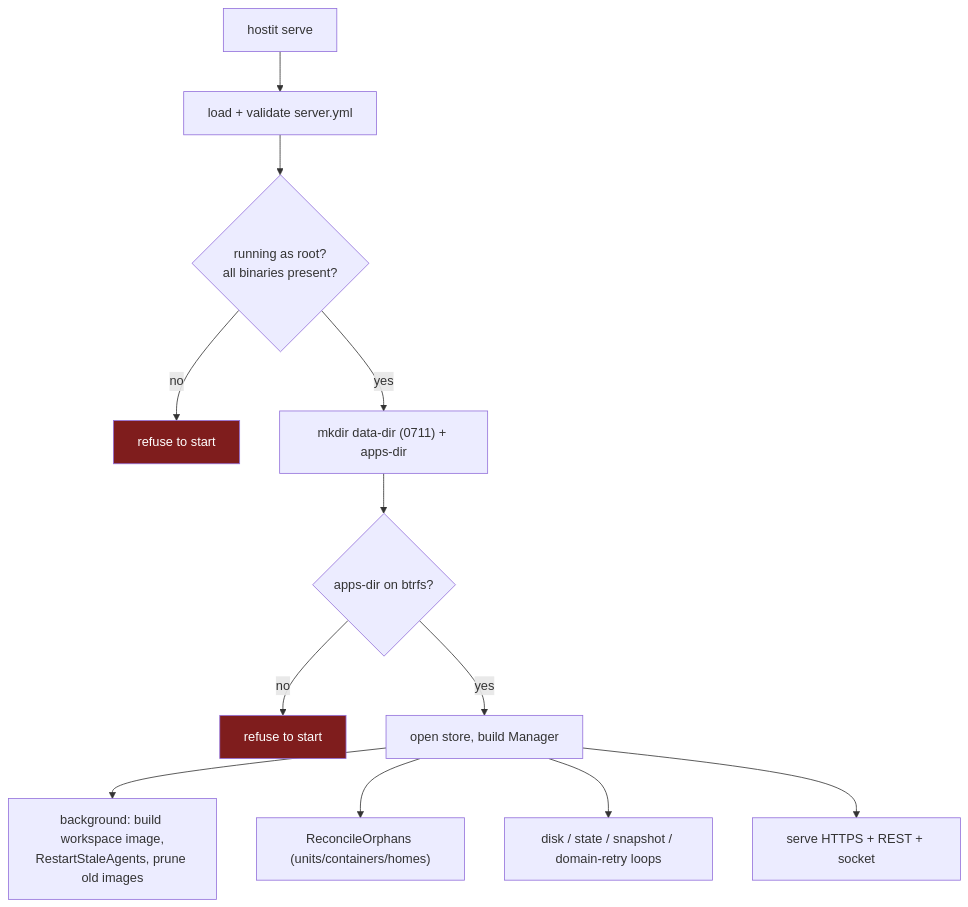
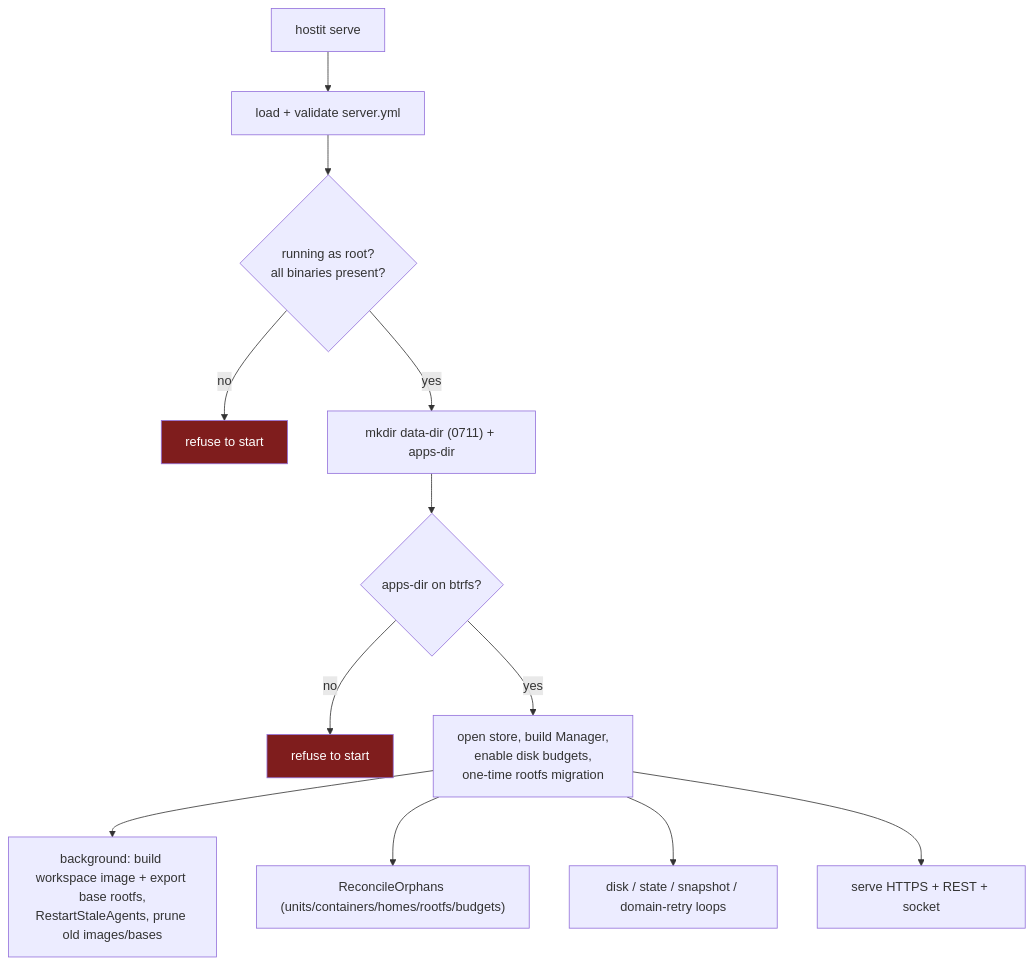
One commit to binwiederhier/hostit changed the diagram in docs/subsystems/release-and-preflight.md. Above: the diagram before and after it, drawn with Mermaid. The commit also changed other lines of this file and 20 other files, not shown here.

First line of the commit message:
docs,web,cmd: catch the docs up to rootfs-backed storage and combined disk budgets

````diff
--- a/docs/subsystems/release-and-preflight.md
+++ b/docs/subsystems/release-and-preflight.md
@@ -87,16 +87,16 @@
 ```mermaid
 flowchart TB
     start["hostit serve"] --> cfg["load + validate server.yml"]
     cfg --> root{"running as root?<br/>all binaries present?"}
     root -->|no| die1["refuse to start"]
     root -->|yes| dirs["mkdir data-dir (0711) + apps-dir"]
     dirs --> btr{"apps-dir on btrfs?"}
     btr -->|no| die2["refuse to start"]
-    btr -->|yes| open["open store, build Manager"]
-    open --> bg["background: build workspace image,<br/>RestartStaleAgents, prune old images"]
-    open --> rec["ReconcileOrphans (units/containers/homes)"]
+    btr -->|yes| open["open store, build Manager,<br/>enable disk budgets,<br/>one-time rootfs migration"]
+    open --> bg["background: build workspace image + export base rootfs,<br/>RestartStaleAgents, prune old images/bases"]
+    open --> rec["ReconcileOrphans (units/containers/homes/rootfs/budgets)"]
     open --> loops["disk / state / snapshot / domain-retry loops"]
     open --> srv["serve HTTPS + REST + socket"]
     style die1 fill:#7f1d1d,color:#fff
     style die2 fill:#7f1d1d,color:#fff
 ```
````
